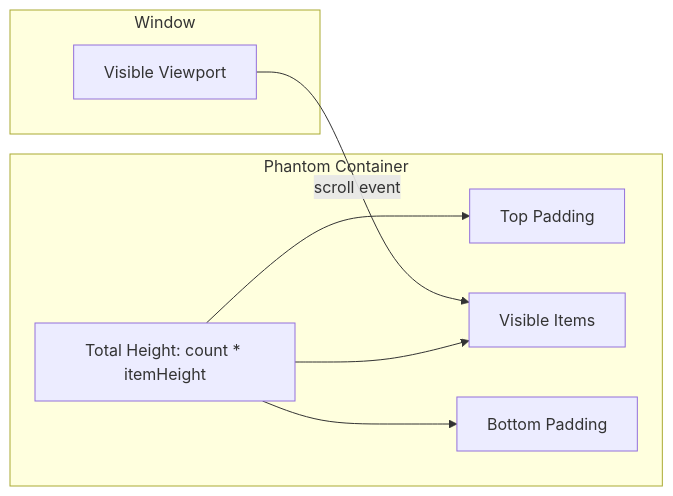
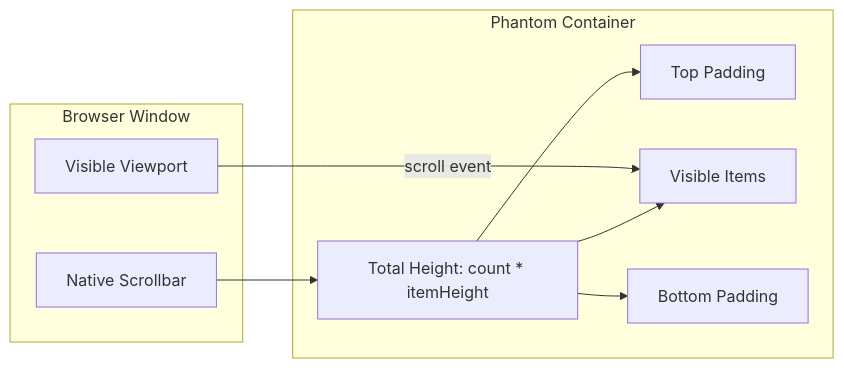
The second of 2 diagrams in doc/plans/phase3-detailed-plan.md (azakharo/news-feed), drawn with Mermaid before and after one commit. The commit also changed other lines of this file, not shown here.

````diff
--- a/doc/plans/phase3-detailed-plan.md
+++ b/doc/plans/phase3-detailed-plan.md
@@ -81,18 +81,20 @@
 ```mermaid
 graph LR
-    subgraph Window
+    subgraph Browser Window
         Viewport[Visible Viewport]
+        ScrollBar[Native Scrollbar]
     end
 
     subgraph Phantom Container
         Total[Total Height: count * itemHeight]
         SpacerTop[Top Padding]
         Visible[Visible Items]
         SpacerBot[Bottom Padding]
     end
 
     Viewport --> |scroll event| Visible
     Total --> SpacerTop
     Total --> Visible
     Total --> SpacerBot
+    ScrollBar --> Total
 ```
````
